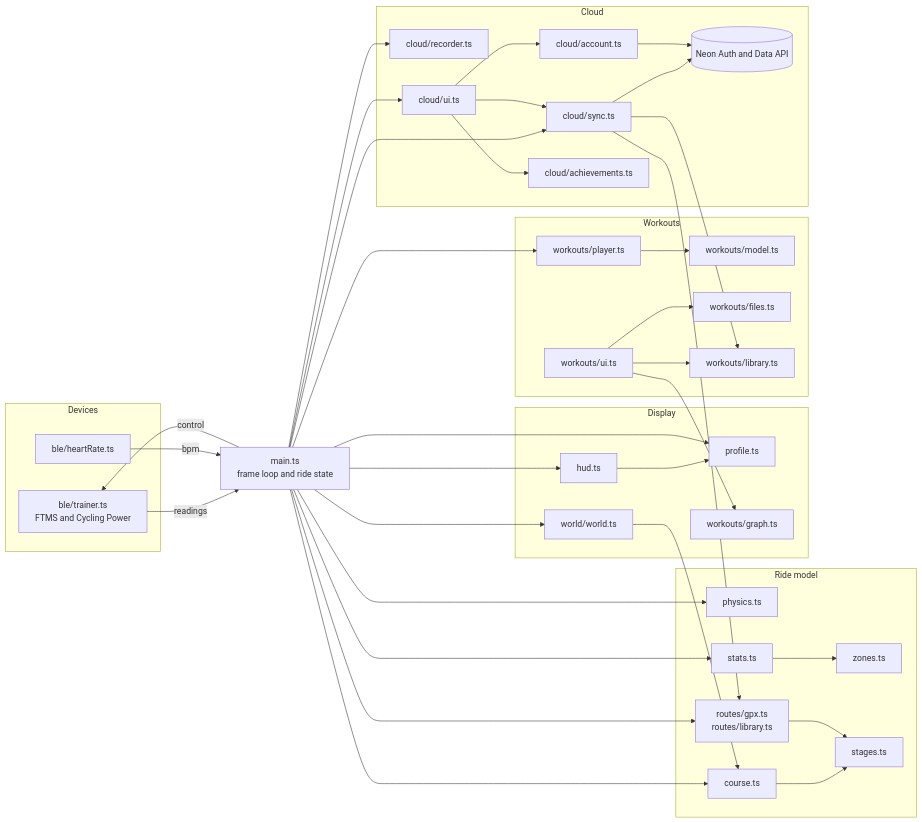
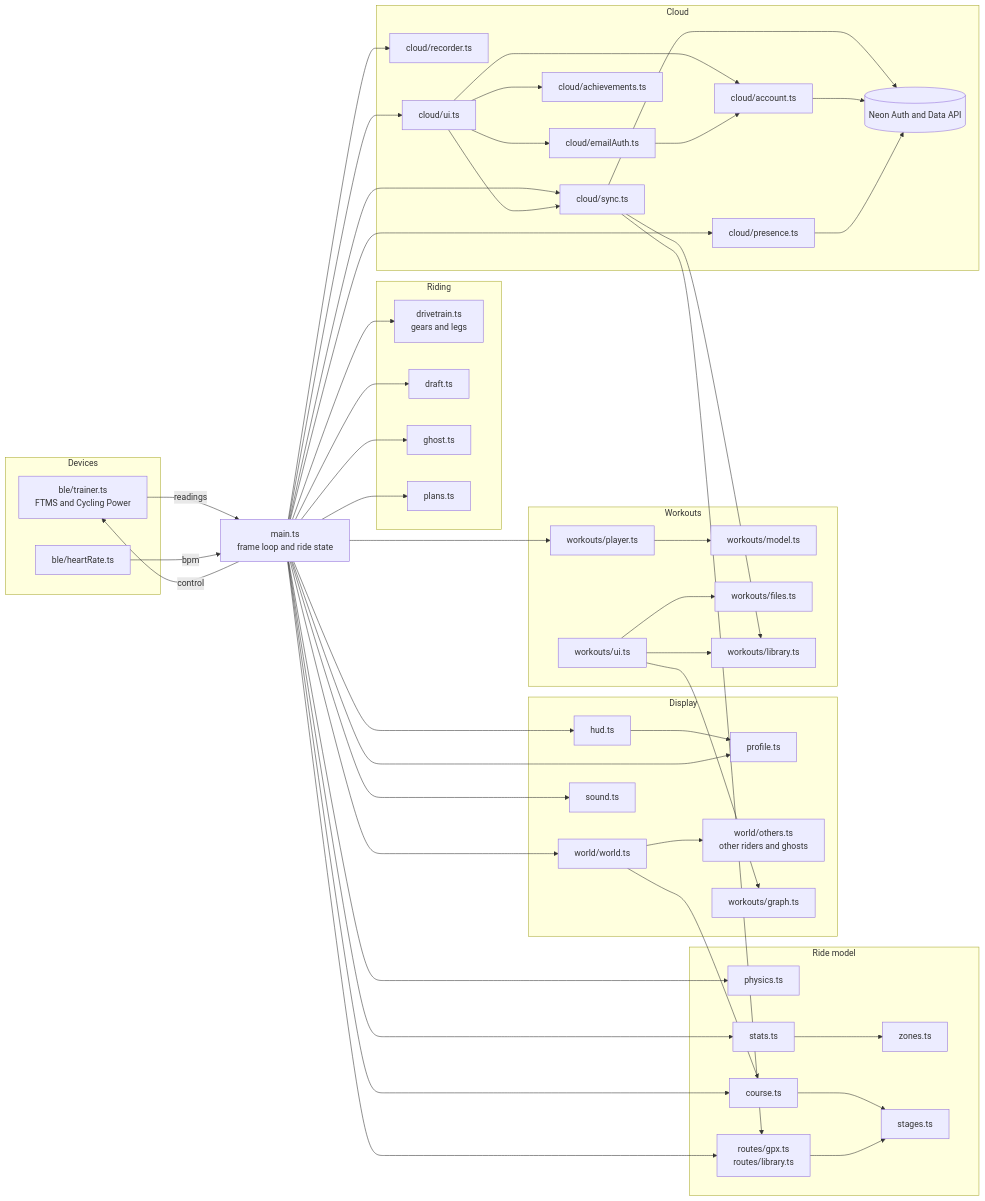
The diagram in docs/developer-guide/architecture.md (Hodgy007/AmericanFlyers), drawn with Mermaid before and after one commit. The commit also changed other lines of this file and 34 other files, not shown here.

````diff
--- a/docs/developer-guide/architecture.md
+++ b/docs/developer-guide/architecture.md
@@ -41,7 +59,16 @@
     HUD[hud.ts]
     PROF[profile.ts]
     WORLD[world/world.ts]
+    OTH[world/others.ts<br/>other riders and ghosts]
     WB[workouts/graph.ts]
+    SND[sound.ts]
+  end
+
+  subgraph Riding
+    DT[drivetrain.ts<br/>gears and legs]
+    DR[draft.ts]
+    GH[ghost.ts]
+    PL[plans.ts]
   end
 
   subgraph Workouts
@@ -58,6 +85,8 @@
     REC[cloud/recorder.ts]
     ACH[cloud/achievements.ts]
     CUI[cloud/ui.ts]
+    EA[cloud/emailAuth.ts]
+    PRES[cloud/presence.ts]
     NEON[(Neon Auth and Data API)]
   end
 
@@ -91,4 +120,14 @@
   SYNC --> WLIB
   SYNC --> ROUTES
   WORLD --> COURSE
+  WORLD --> OTH
+  MAIN --> DT
+  MAIN --> DR
+  MAIN --> GH
+  MAIN --> PL
+  MAIN --> SND
+  MAIN --> PRES
+  PRES --> NEON
+  CUI --> EA
+  EA --> ACC
 ```
````
